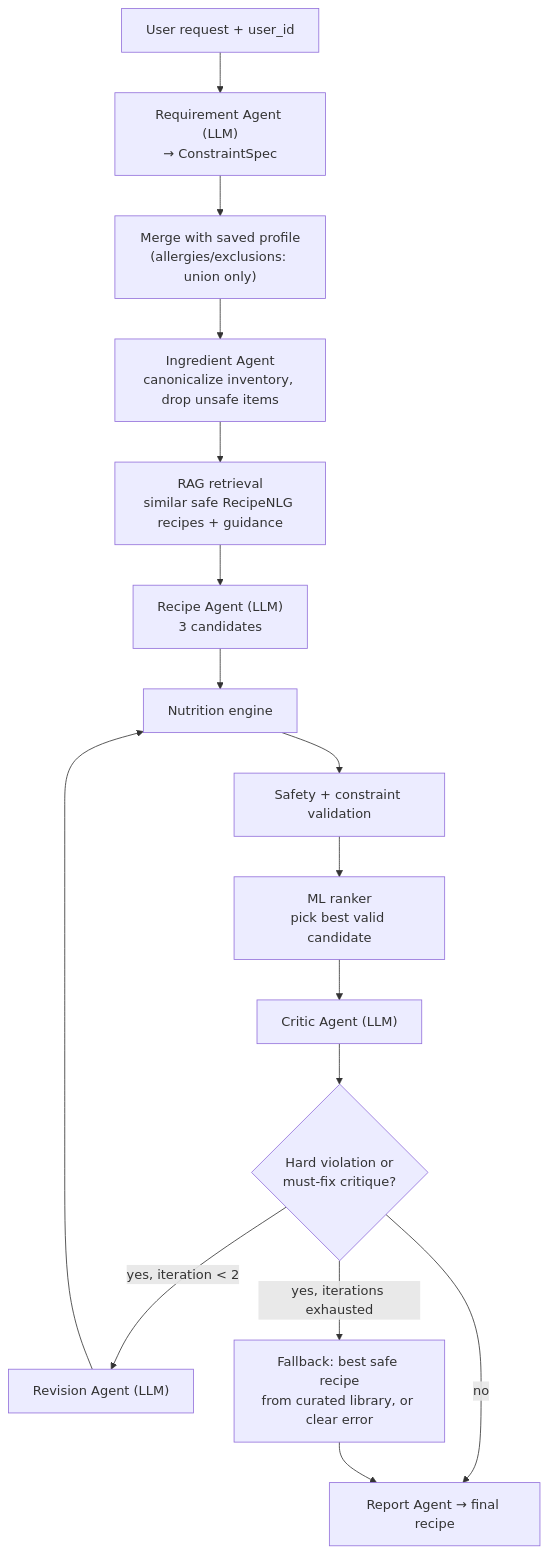
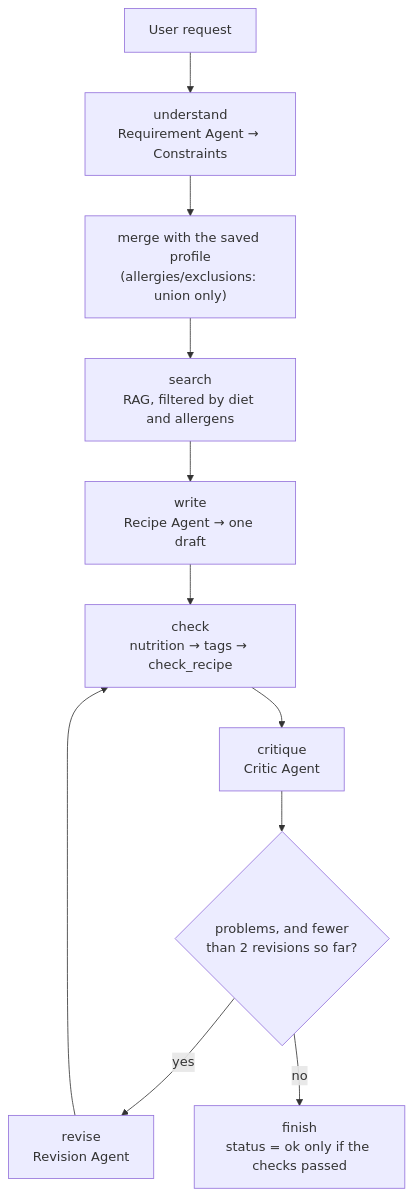
One commit to ShubhranshuVerma/NutriChef_AI changed the second of 6 diagrams in docs/architecture.md. Above: the diagram before and after it, drawn with Mermaid. The commit also changed other lines of this file and 16 other files, not shown here.

````diff
--- a/docs/architecture.md
+++ b/docs/architecture.md
@@ -79,18 +88,13 @@
 ```mermaid
 flowchart TD
-    A["User request + user_id"] --> B["Requirement Agent (LLM)<br/>→ ConstraintSpec"]
-    B --> C["Merge with saved profile<br/>(allergies/exclusions: union only)"]
-    C --> D["Ingredient Agent<br/>canonicalize inventory, drop unsafe items"]
-    D --> E["RAG retrieval<br/>similar safe RecipeNLG recipes + guidance"]
-    E --> F["Recipe Agent (LLM)<br/>3 candidates"]
-    F --> G["Nutrition engine"]
-    G --> H["Safety + constraint validation"]
-    H --> I["ML ranker<br/>pick best valid candidate"]
-    I --> J["Critic Agent (LLM)"]
-    J --> K{"Hard violation or<br/>must-fix critique?"}
-    K -->|"yes, iteration < 2"| L["Revision Agent (LLM)"]
-    L --> G
-    K -->|"no"| M["Report Agent → final recipe"]
-    K -->|"yes, iterations exhausted"| N["Fallback: best safe recipe<br/>from curated library, or clear error"]
-    N --> M
+    A["User request"] --> B["understand<br/>Requirement Agent → Constraints"]
+    B --> C["merge with the saved profile<br/>(allergies/exclusions: union only)"]
+    C --> D["search<br/>RAG, filtered by diet and allergens"]
+    D --> E["write<br/>Recipe Agent → one draft"]
+    E --> F["check<br/>nutrition → tags → check_recipe"]
+    F --> G["critique<br/>Critic Agent"]
+    G --> H{"problems, and fewer<br/>than 2 revisions so far?"}
+    H -->|"yes"| I["revise<br/>Revision Agent"]
+    I --> F
+    H -->|"no"| J["finish<br/>status = ok only if the checks passed"]
 ```
````
